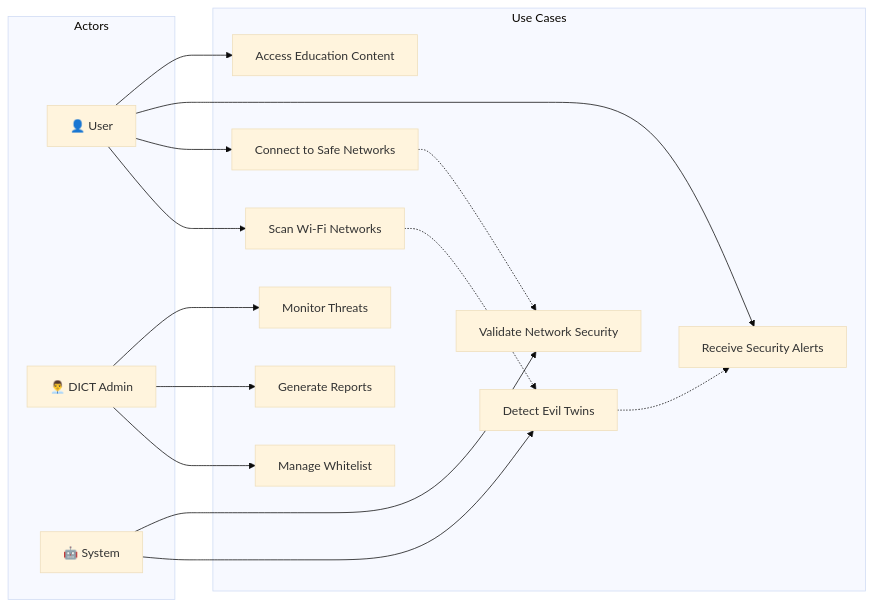
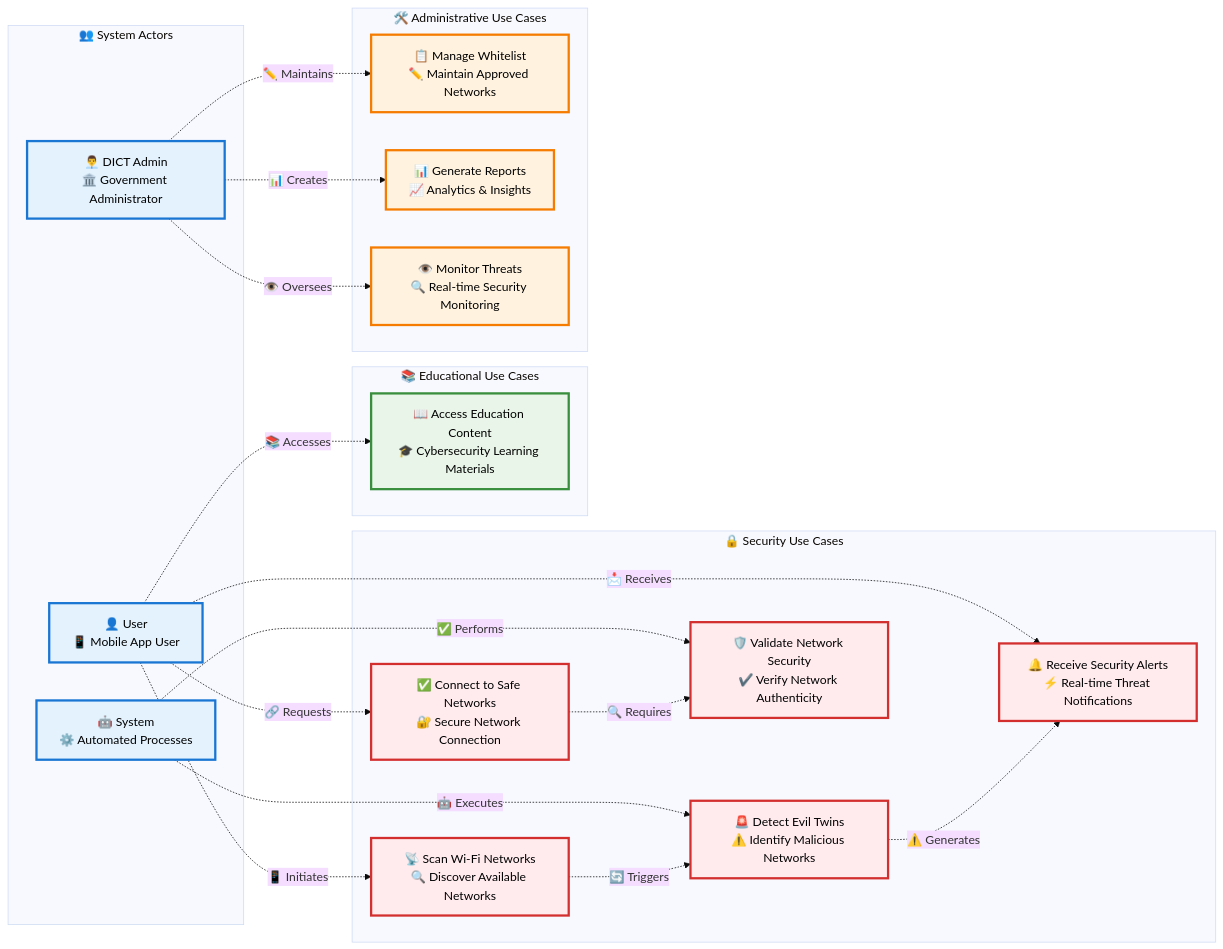
Before and after one commit to Aeldored/mobile: the second of 6 diagrams in MOBILE_APP_DOCUMENTATION.md, drawn with Mermaid (base theme). The commit also changed other lines of this file, not shown here.

````diff
--- a/MOBILE_APP_DOCUMENTATION.md
+++ b/MOBILE_APP_DOCUMENTATION.md
@@ -143,36 +160,53 @@
 ```mermaid
 graph LR
-    subgraph "Actors"
-        User[👤 User]
-        Admin[👨‍💼 DICT Admin]
-        System[🤖 System]
+    subgraph "👥 System Actors"
+        User["👤 User<br/>📱 Mobile App User"]
+        Admin["👨‍💼 DICT Admin<br/>🏛️ Government Administrator"]
+        System["🤖 System<br/>⚙️ Automated Processes"]
     end
     
-    subgraph "Use Cases"
-        UC1[Scan Wi-Fi Networks]
-        UC2[Detect Evil Twins]
-        UC3[Connect to Safe Networks]
-        UC4[Receive Security Alerts]
-        UC5[Access Education Content]
-        UC6[Manage Whitelist]
-        UC7[Generate Reports]
-        UC8[Monitor Threats]
-        UC9[Validate Network Security]
+    subgraph "🔒 Security Use Cases"
+        UC1["📡 Scan Wi-Fi Networks<br/>🔍 Discover Available Networks"]
+        UC2["🚨 Detect Evil Twins<br/>⚠️ Identify Malicious Networks"]
+        UC3["✅ Connect to Safe Networks<br/>🔐 Secure Network Connection"]
+        UC4["🔔 Receive Security Alerts<br/>⚡ Real-time Threat Notifications"]
+        UC9["🛡️ Validate Network Security<br/>✔️ Verify Network Authenticity"]
     end
     
-    User --> UC1
-    User --> UC3
-    User --> UC4
-    User --> UC5
+    subgraph "📚 Educational Use Cases"
+        UC5["📖 Access Education Content<br/>🎓 Cybersecurity Learning Materials"]
+    end
     
-    Admin --> UC6
-    Admin --> UC7
-    Admin --> UC8
+    subgraph "🛠️ Administrative Use Cases"
+        UC6["📋 Manage Whitelist<br/>✏️ Maintain Approved Networks"]
+        UC7["📊 Generate Reports<br/>📈 Analytics & Insights"]
+        UC8["👁️ Monitor Threats<br/>🔍 Real-time Security Monitoring"]
+    end
     
-    System --> UC2
-    System --> UC9
+    User -.->|"📱 Initiates"| UC1
+    User -.->|"🔗 Requests"| UC3
+    User -.->|"📩 Receives"| UC4
+    User -.->|"📚 Accesses"| UC5
     
-    UC1 -.-> UC2
-    UC2 -.-> UC4
-    UC3 -.-> UC9
+    Admin -.->|"✏️ Maintains"| UC6
+    Admin -.->|"📊 Creates"| UC7
+    Admin -.->|"👁️ Oversees"| UC8
+    
+    System -.->|"🤖 Executes"| UC2
+    System -.->|"✅ Performs"| UC9
+    
+    UC1 -.->|"🔄 Triggers"| UC2
+    UC2 -.->|"⚠️ Generates"| UC4
+    UC3 -.->|"🔍 Requires"| UC9
+
+    %% Styling
+    classDef actors fill:#e3f2fd,stroke:#1976d2,stroke-width:3px,color:#000
+    classDef security fill:#ffebee,stroke:#d32f2f,stroke-width:3px,color:#000
+    classDef education fill:#e8f5e8,stroke:#388e3c,stroke-width:3px,color:#000
+    classDef admin fill:#fff3e0,stroke:#f57c00,stroke-width:3px,color:#000
+    
+    class User,Admin,System actors
+    class UC1,UC2,UC3,UC4,UC9 security
+    class UC5 education
+    class UC6,UC7,UC8 admin
 ```
````
